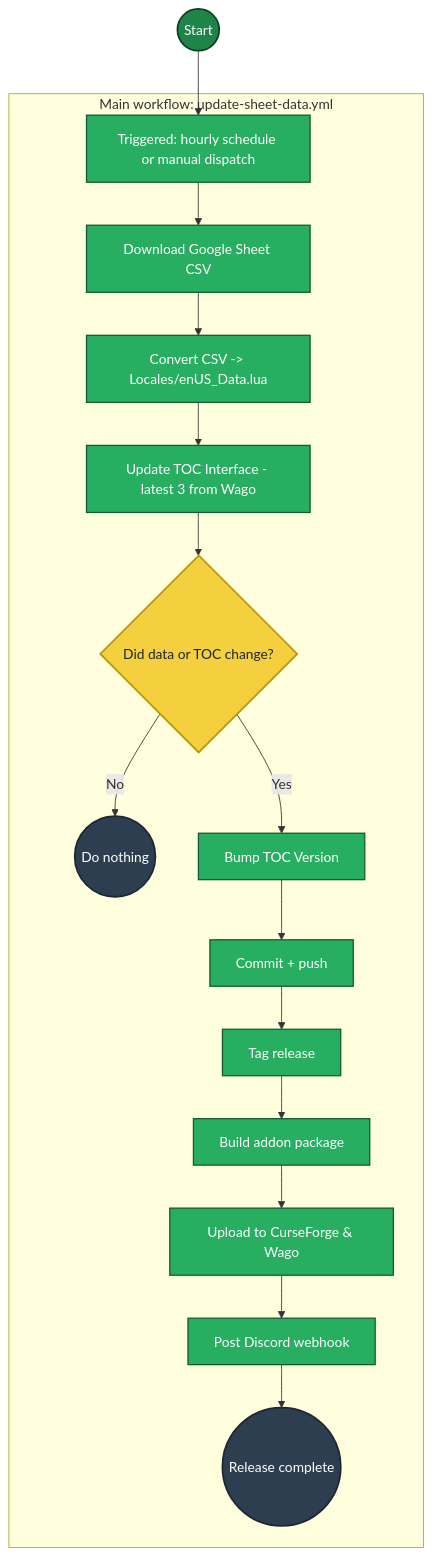
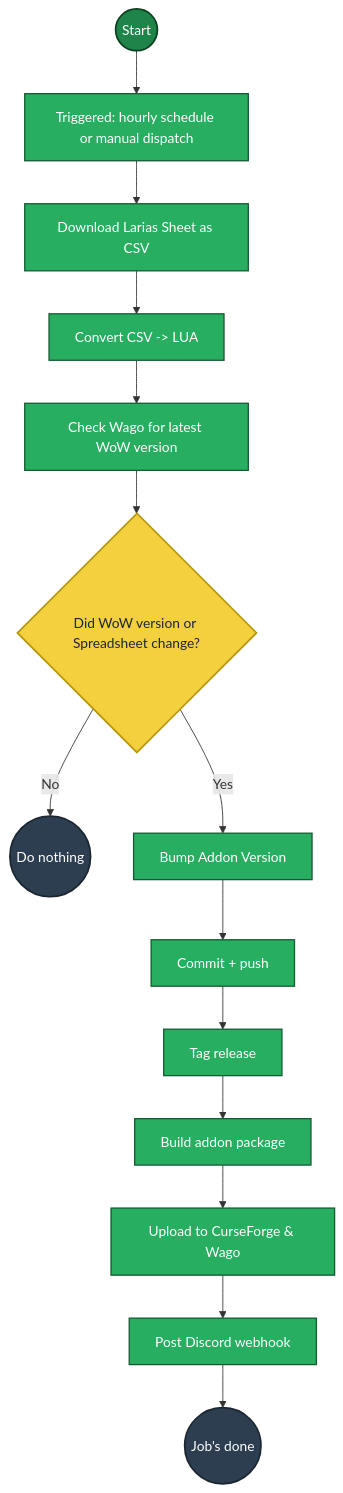
Before and after one commit to Devbezos/Larias-Weekly-Checklist: the diagram in README.md, drawn with Mermaid. The commit also changed 1 other file, not shown here.

Commit message:
Add crest achievementids

````diff
--- a/README.md
+++ b/README.md
@@ -1,34 +1,32 @@
 ```mermaid
 flowchart TD
 
     A((Start)):::start
 
-    subgraph MAIN[Main workflow: update-sheet-data.yml]
-        B[Triggered: hourly schedule or manual dispatch]:::process
-        E[Download Google Sheet CSV]:::process
-        F[Convert CSV -> Locales/enUS_Data.lua]:::process
-        W[Update TOC Interface - latest 3 from Wago]:::process
-        G{Did data or TOC change?}:::decision
-        H((Do nothing)):::finish
-        I[Bump TOC Version]:::process
-        J[Commit + push]:::process
-        K[Tag release]:::process
-        L[Build addon package]:::process
-        M[Upload to CurseForge & Wago]:::process
-        O[Post Discord webhook]:::process
-        P((Release complete)):::finish
+    B[Triggered: hourly schedule or manual dispatch]:::process
+    E[Download Larias Sheet as CSV]:::process
+    F[Convert CSV -> LUA]:::process
+    W[Check Wago for latest WoW version]:::process
+    G{Did WoW version or Spreadsheet change?}:::decision
+    H((Do nothing)):::finish
+    I[Bump Addon Version]:::process
+    J[Commit + push]:::process
+    K[Tag release]:::process
+    L[Build addon package]:::process
+    M[Upload to CurseForge & Wago]:::process
+    O[Post Discord webhook]:::process
+    P((Job's done)):::finish
 
-        B --> E --> F --> W --> G
-        G -- No --> H
-        G -- Yes --> I --> J --> K --> L --> M --> O --> P
-    end
+    B --> E --> F --> W --> G
+    G -- No --> H
+    G -- Yes --> I --> J --> K --> L --> M --> O --> P
 
     A --> B
 
 classDef start fill:#1E8449,color:#FFFFFF,stroke:#0B3D1F,stroke-width:2px;
 classDef process fill:#27AE60,color:#FFFFFF,stroke:#145A32,stroke-width:1.5px;
 classDef decision fill:#F4D03F,color:#1B2631,stroke:#B7950B,stroke-width:2px;
 classDef finish fill:#2C3E50,color:#FFFFFF,stroke:#1B2631,stroke-width:2px;
 
 
 ```
````
